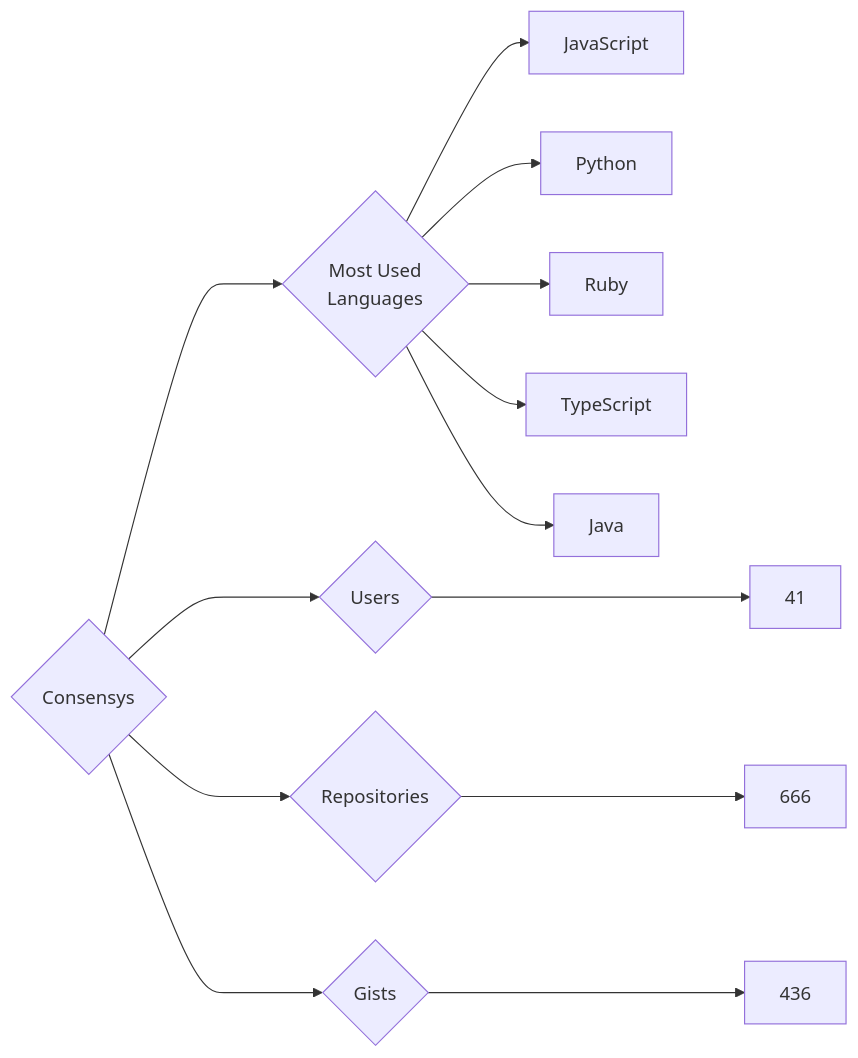
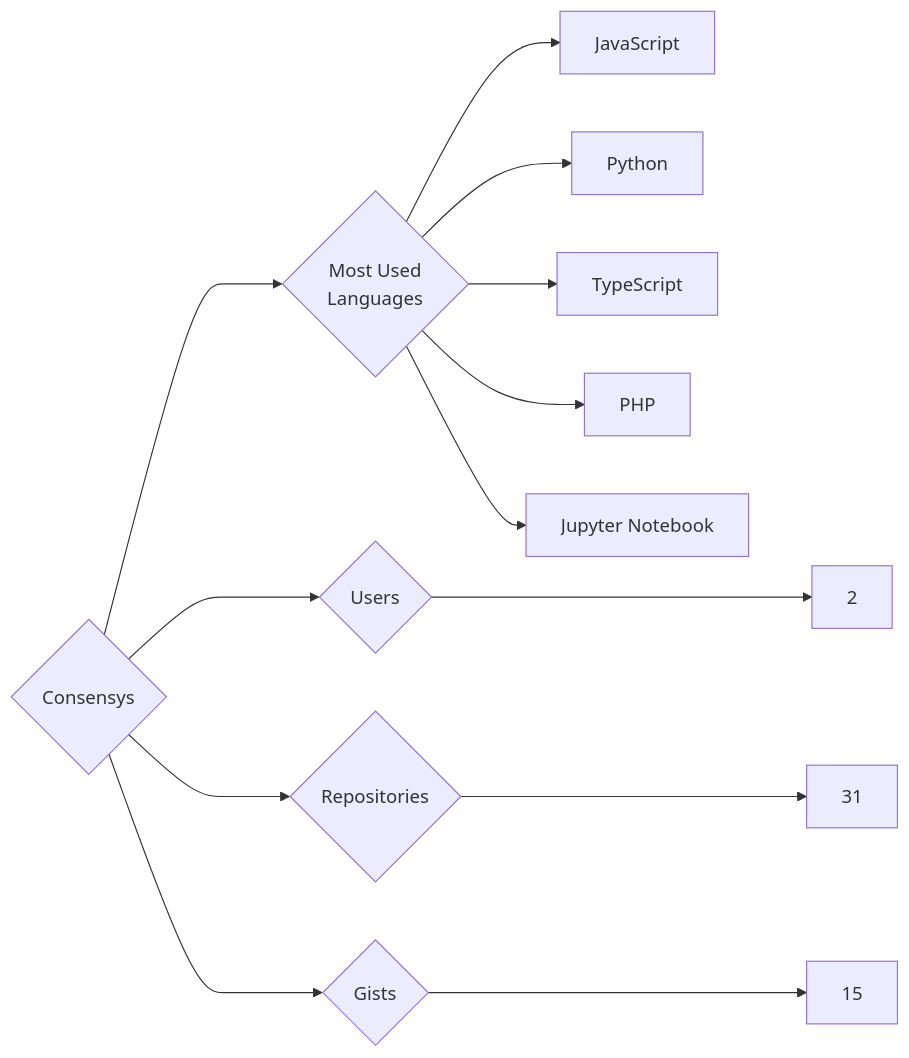
Before and after one commit to trickest/insiders: the diagram in targets/Consensys/README.md, drawn with Mermaid. The commit also changed 872 other files, not shown here.

````diff
--- a/targets/Consensys/README.md
+++ b/targets/Consensys/README.md
@@ -3,13 +3,13 @@
 ```mermaid
 graph LR
 COMPANY_NAME{Consensys}
-COMPANY_NAME ---> U{Users} ---> UN[41]
-COMPANY_NAME ---> R{Repositories} ---> RN[666]
-COMPANY_NAME ---> G{Gists} ---> GN[436]
+COMPANY_NAME ---> U{Users} ---> UN[2]
+COMPANY_NAME ---> R{Repositories} ---> RN[31]
+COMPANY_NAME ---> G{Gists} ---> GN[15]
 COMPANY_NAME ---> ML{Most Used<br>Languages}
 ML --> JavaScript[JavaScript]
 ML --> Python[Python]
-ML --> Ruby[Ruby]
 ML --> TypeScript[TypeScript]
-ML --> Java[Java]
+ML --> PHP[PHP]
+ML --> Jupyter_Notebook[Jupyter Notebook]
 ```
````
